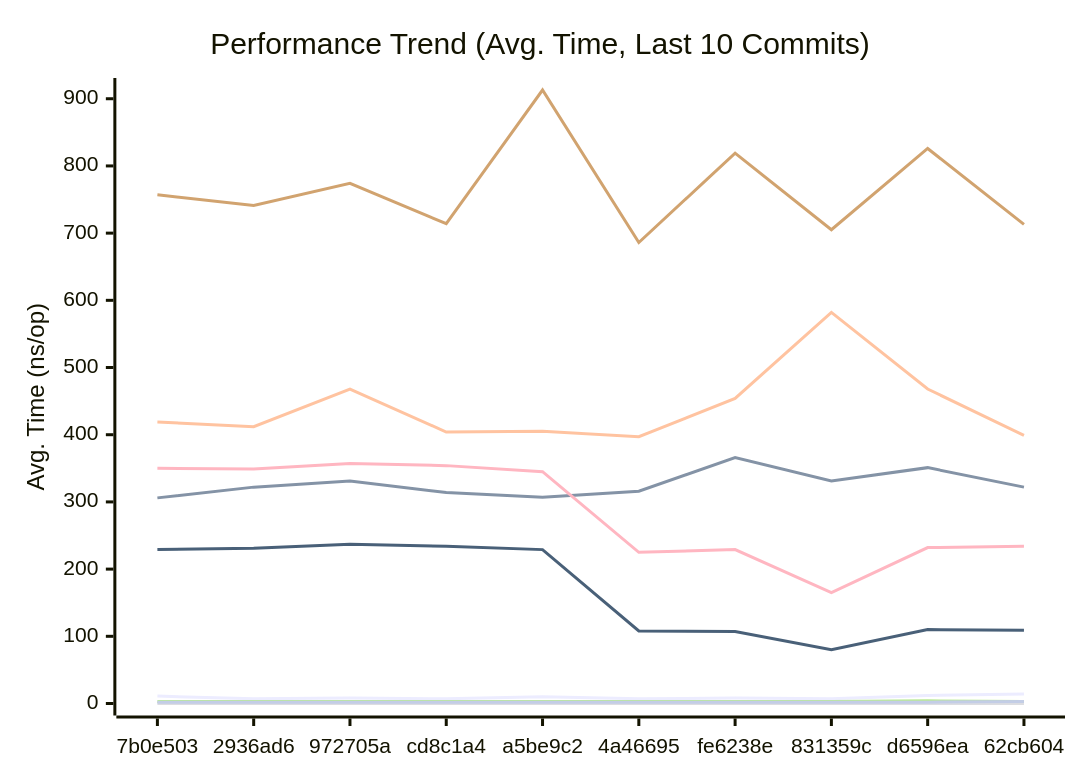
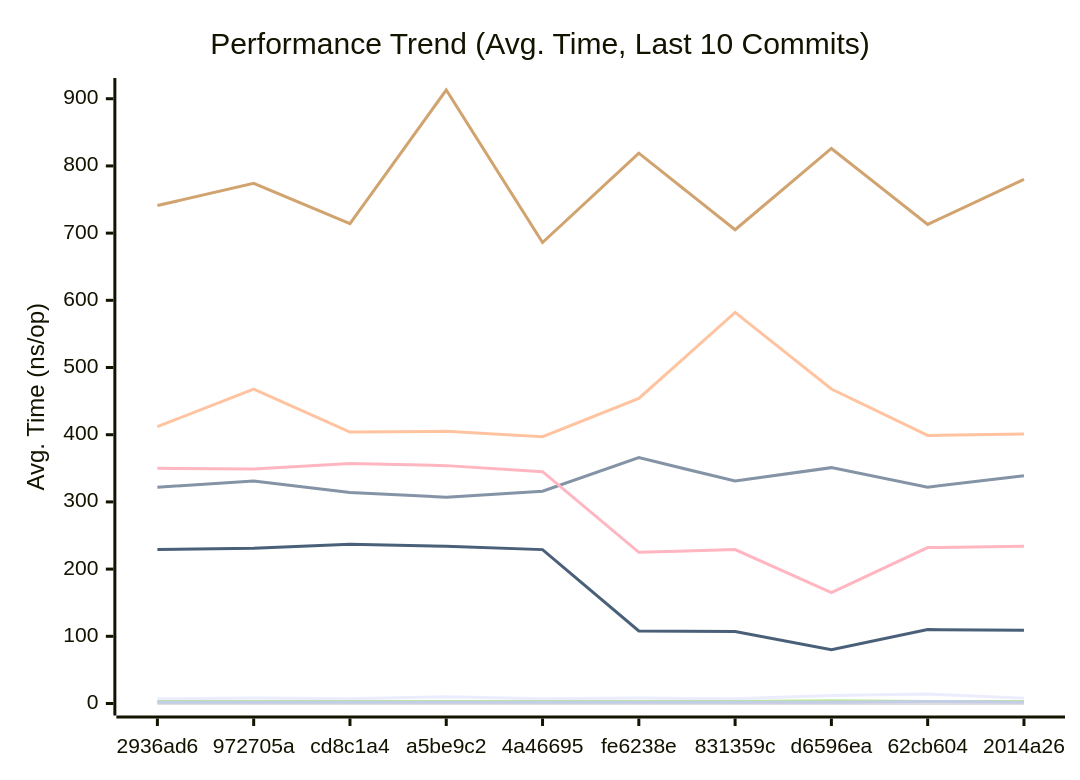
One commit to alsotoes/momo changed the first of 3 diagrams in docs/PERFORMANCE.md. Above: the diagram before and after it, drawn with Mermaid. The commit also changed other lines of this file and 2 other files, not shown here.

````diff
--- a/docs/PERFORMANCE.md
+++ b/docs/PERFORMANCE.md
@@ -80,16 +80,16 @@
 ```mermaid
 xychart-beta
     title "Performance Trend (Avg. Time, Last 10 Commits)"
     x-axis "Commit"
     y-axis "Avg. Time (ns/op)"
-    x-axis [7b0e503,2936ad6,972705a,cd8c1a4,a5be9c2,4a46695,fe6238e,831359c,d6596ea,62cb604]
-    line "CheckMetricsAndSwap" [11,7,8,7,10,7,8,7,12,14]
-    line "CrushOptimized" [306,322,331,314,307,316,366,331,351,322]
-    line "CrushOriginal" [419,412,468,404,405,397,454,582,468,399]
+    x-axis [2936ad6,972705a,cd8c1a4,a5be9c2,4a46695,fe6238e,831359c,d6596ea,62cb604,2014a26]
+    line "CheckMetricsAndSwap" [7,8,7,10,7,8,7,12,14,8]
+    line "CrushOptimized" [322,331,314,307,316,366,331,351,322,339]
+    line "CrushOriginal" [412,468,404,405,397,454,582,468,399,401]
     line "IndexDirectTracking" [0,0,0,0,0,0,0,0,0,0]
-    line "IndexSearch" [3,3,3,3,3,3,3,3,4,3]
-    line "LoadGlobalConfig" [757,741,774,714,913,686,819,705,826,713]
-    line "PadString" [2,2,2,2,2,2,2,2,2,3]
+    line "IndexSearch" [3,3,3,3,3,3,3,4,3,3]
+    line "LoadGlobalConfig" [741,774,714,913,686,819,705,826,713,780]
+    line "PadString" [2,2,2,2,2,2,2,2,3,2]
     line "ParseReplicationOrder_NoPrealloc" [350,349,357,354,345,225,229,165,232,234]
     line "ParseReplicationOrder_Prealloc" [229,231,237,234,229,108,107,80,110,109]
 ```
````
